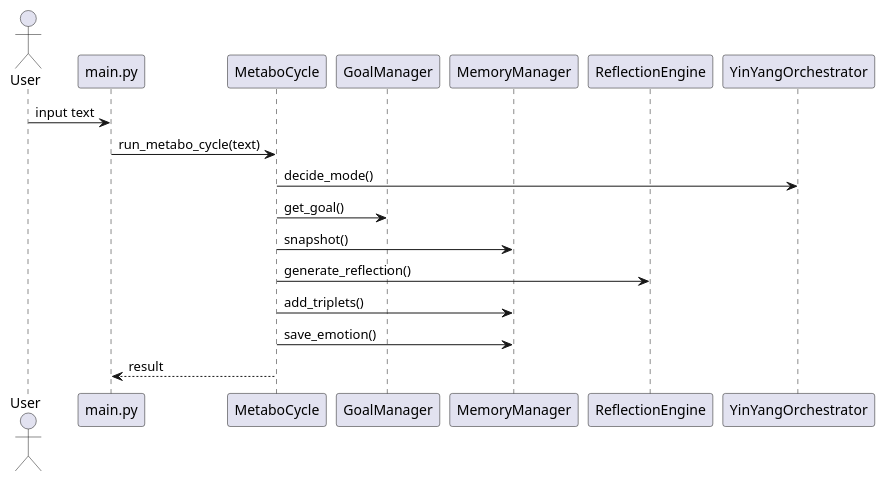
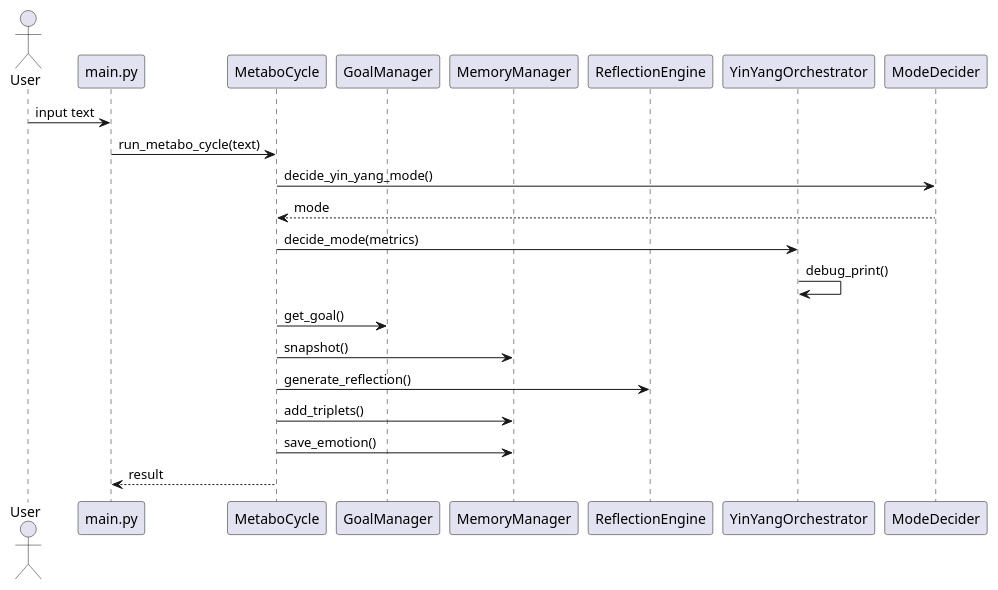
One commit to marcusreimold/MetaboMind changed the diagram in doc/diagrams/sequence_diagram.puml. Above: the diagram before and after it, drawn with PlantUML. The commit also changed 9 other files, not shown here.

Commit message:
Add LLM mode decider

```diff
--- a/doc/diagrams/sequence_diagram.puml
+++ b/doc/diagrams/sequence_diagram.puml
@@ -1,18 +1,22 @@
 @startuml
 actor User
 participant "main.py" as Main
 participant MetaboCycle
 participant GoalManager
 participant MemoryManager
 participant ReflectionEngine
 participant YinYangOrchestrator
+participant ModeDecider
 User -> Main: input text
 Main -> MetaboCycle: run_metabo_cycle(text)
-MetaboCycle -> YinYangOrchestrator: decide_mode()
+MetaboCycle -> ModeDecider: decide_yin_yang_mode()
+ModeDecider --> MetaboCycle: mode
+MetaboCycle -> YinYangOrchestrator: decide_mode(metrics)
+YinYangOrchestrator -> YinYangOrchestrator: debug_print()
 MetaboCycle -> GoalManager: get_goal()
 MetaboCycle -> MemoryManager: snapshot()
 MetaboCycle -> ReflectionEngine: generate_reflection()
 MetaboCycle -> MemoryManager: add_triplets()
 MetaboCycle -> MemoryManager: save_emotion()
 MetaboCycle --> Main: result
 @enduml
```
